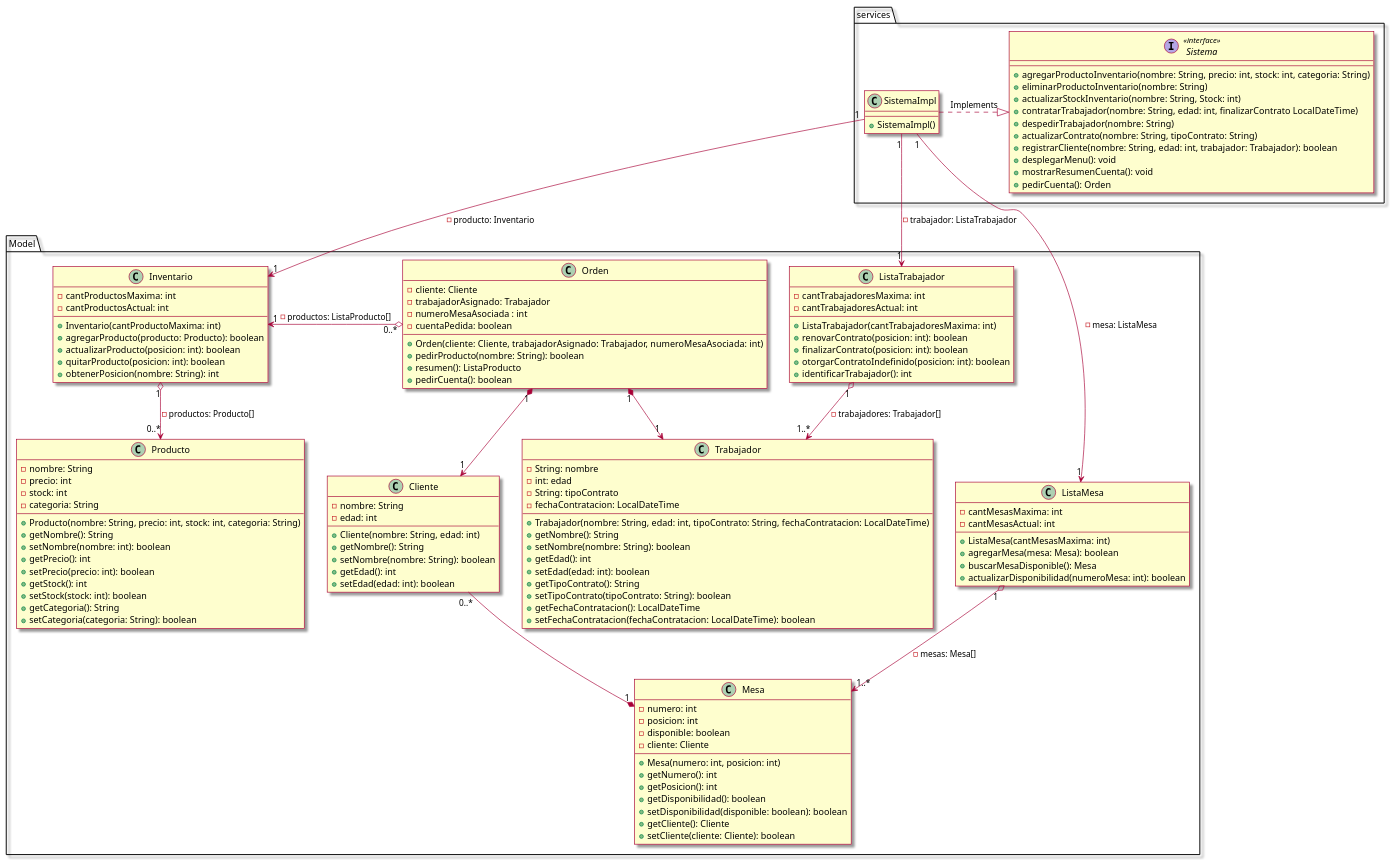
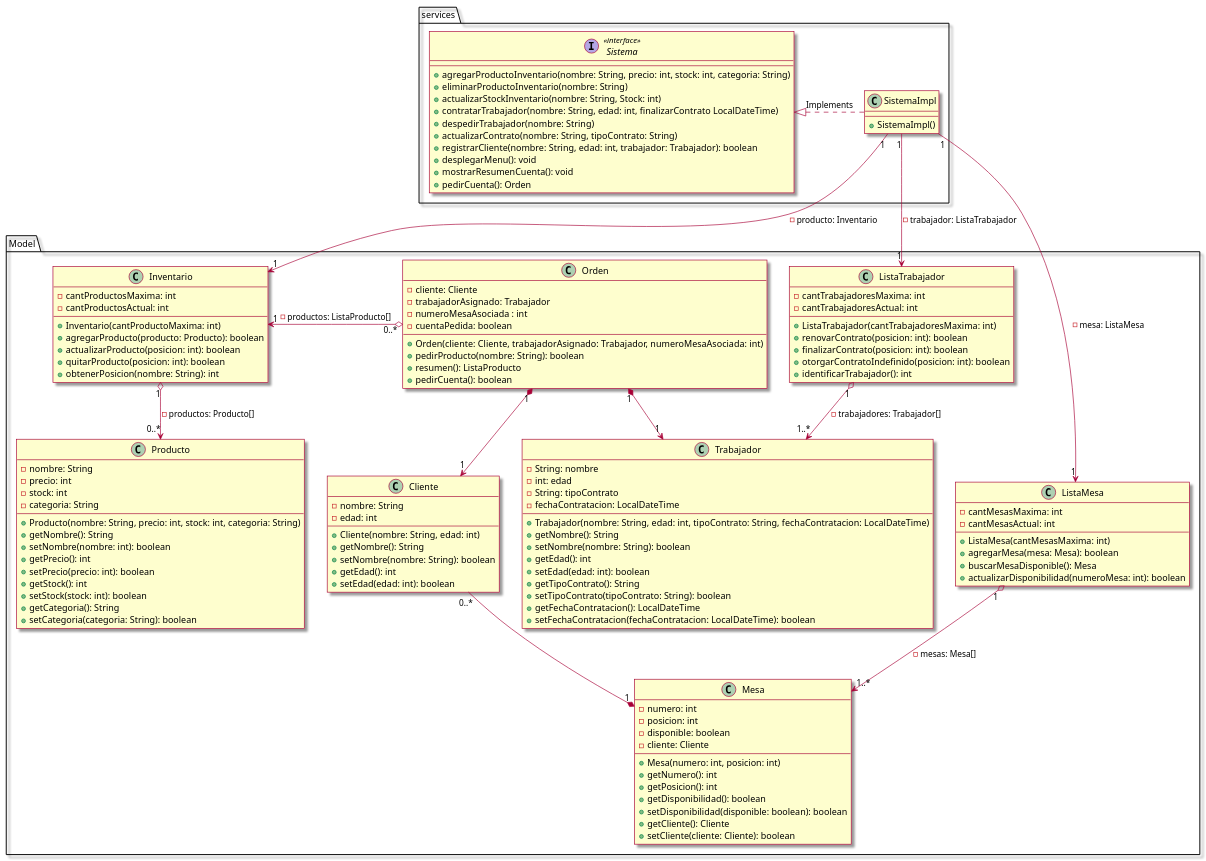
The diagram in src/Diagrama_Clases.puml (DanielDiazVargas/Prog.Av._Taller-1), drawn with PlantUML before and after one commit.

```diff
--- a/src/Diagrama_Clases.puml
+++ b/src/Diagrama_Clases.puml
@@ -1,158 +1,158 @@
 @startuml
 skin rose
 
 package "services" {
 
     interface Sistema <<interface>> {
 
         +agregarProductoInventario(nombre: String, precio: int, stock: int, categoria: String)
         +eliminarProductoInventario(nombre: String)
         +actualizarStockInventario(nombre: String, Stock: int)
         +contratarTrabajador(nombre: String, edad: int, finalizarContrato LocalDateTime)
         +despedirTrabajador(nombre: String)
         +actualizarContrato(nombre: String, tipoContrato: String)
         +registrarCliente(nombre: String, edad: int, trabajador: Trabajador): boolean
         +desplegarMenu(): void
         +mostrarResumenCuenta(): void
         +pedirCuenta(): Orden
 
     }
 
     class SistemaImpl{
 
         +SistemaImpl()
     }
 
-    Sistema <|.left. SistemaImpl: Implements
+    Sistema <|.right. SistemaImpl: Implements
 }
 
 
 package "Model" {
 
     class Orden {
 
         -cliente: Cliente
         -trabajadorAsignado: Trabajador
         -numeroMesaAsociada : int
         -cuentaPedida: boolean
 
         +Orden(cliente: Cliente, trabajadorAsignado: Trabajador, numeroMesaAsociada: int)
         +pedirProducto(nombre: String): boolean
         +resumen(): ListaProducto
         +pedirCuenta(): boolean
     }
 
     Orden "0..*" o-left-> "1" Inventario: -productos: ListaProducto[]
     Orden "1" *--> "1" Cliente
     Orden "1" *--> "1" Trabajador
 
     class ListaMesa {
 
         -cantMesasMaxima: int
         -cantMesasActual: int
 
         +ListaMesa(cantMesasMaxima: int)
         +agregarMesa(mesa: Mesa): boolean
         +buscarMesaDisponible(): Mesa
         +actualizarDisponibilidad(numeroMesa: int): boolean
     }
 
     class Mesa {
 
         -numero: int
         -posicion: int
         -disponible: boolean
         -cliente: Cliente
 
         +Mesa(numero: int, posicion: int)
         +getNumero(): int
         +getPosicion(): int
         +getDisponibilidad(): boolean
         +setDisponibilidad(disponible: boolean): boolean
         +getCliente(): Cliente
         +setCliente(cliente: Cliente): boolean
     }
 
     class Cliente {
 
         -nombre: String
         -edad: int
 
         +Cliente(nombre: String, edad: int)
         +getNombre(): String
         +setNombre(nombre: String): boolean
         +getEdad(): int
         +setEdad(edad: int): boolean
     }
 
     Mesa "1" *-up- "0..*" Cliente
     ListaMesa "1" o--> "1..*" Mesa: -mesas: Mesa[]
     SistemaImpl "1" --> "1" ListaMesa: -mesa: ListaMesa
 
     class ListaTrabajador {
 
         -cantTrabajadoresMaxima: int
         -cantTrabajadoresActual: int
 
         +ListaTrabajador(cantTrabajadoresMaxima: int)
         +renovarContrato(posicion: int): boolean
         +finalizarContrato(posicion: int): boolean
         +otorgarContratoIndefinido(posicion: int): boolean
         +identificarTrabajador(): int
     }
 
     class Trabajador {
 
         -String: nombre
         -int: edad
         -String: tipoContrato
         -fechaContratacion: LocalDateTime
 
         +Trabajador(nombre: String, edad: int, tipoContrato: String, fechaContratacion: LocalDateTime)
         +getNombre(): String
         +setNombre(nombre: String): boolean
         +getEdad(): int
         +setEdad(edad: int): boolean
         +getTipoContrato(): String
         +setTipoContrato(tipoContrato: String): boolean
         +getFechaContratacion(): LocalDateTime
         +setFechaContratacion(fechaContratacion: LocalDateTime): boolean
     }
 
     ListaTrabajador "1" o--> "1..*" Trabajador: -trabajadores: Trabajador[]
     SistemaImpl "1" --> "1" ListaTrabajador: -trabajador: ListaTrabajador
 
     class Inventario {
 
             -cantProductosMaxima: int
             -cantProductosActual: int
 
             +Inventario(cantProductoMaxima: int)
             +agregarProducto(producto: Producto): boolean
             +actualizarProducto(posicion: int): boolean
             +quitarProducto(posicion: int): boolean
             +obtenerPosicion(nombre: String): int
         }
 
         class Producto {
 
             -nombre: String
             -precio: int
             -stock: int
             -categoria: String
 
             +Producto(nombre: String, precio: int, stock: int, categoria: String)
             +getNombre(): String
             +setNombre(nombre: int): boolean
             +getPrecio(): int
             +setPrecio(precio: int): boolean
             +getStock(): int
             +setStock(stock: int): boolean
             +getCategoria(): String
             +setCategoria(categoria: String): boolean
         }
 
         Inventario "1" o--> "0..*" Producto: -productos: Producto[]
         SistemaImpl "1" --> "1" Inventario: -producto: Inventario
 }
 @enduml
```
